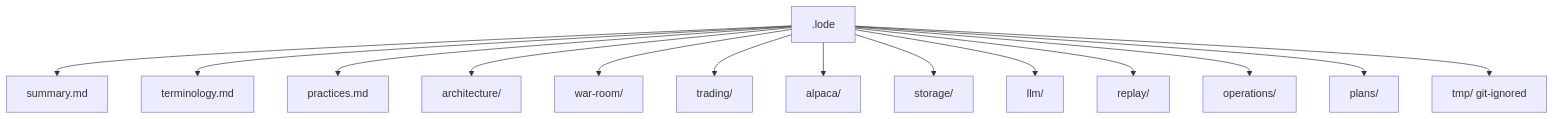
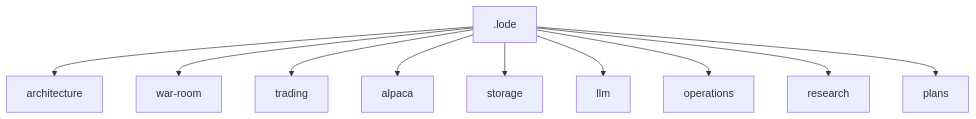
Before and after one commit to xakpc/Alpaca.NoIdea: the diagram in .lode/lode-map.md, drawn with Mermaid. The commit also changed other lines of this file and 99 other files, not shown here.

````diff
--- a/.lode/lode-map.md
+++ b/.lode/lode-map.md
@@ -5,17 +5,12 @@
 ```mermaid
 flowchart TD
-    Root[.lode]
-    Root --> S[summary.md]
-    Root --> T[terminology.md]
-    Root --> P[practices.md]
-    Root --> AR[architecture/]
-    Root --> WR[war-room/]
-    Root --> TR[trading/]
-    Root --> AL[alpaca/]
-    Root --> ST[storage/]
-    Root --> LL[llm/]
-    Root --> RP[replay/]
-    Root --> OP[operations/]
-    Root --> PL[plans/]
-    Root --> TM[tmp/ git-ignored]
+    L[.lode] --> A[architecture]
+    L --> W[war-room]
+    L --> T[trading]
+    L --> P[alpaca]
+    L --> S[storage]
+    L --> M[llm]
+    L --> O[operations]
+    L --> R[research]
+    L --> N[plans]
 ```
````
